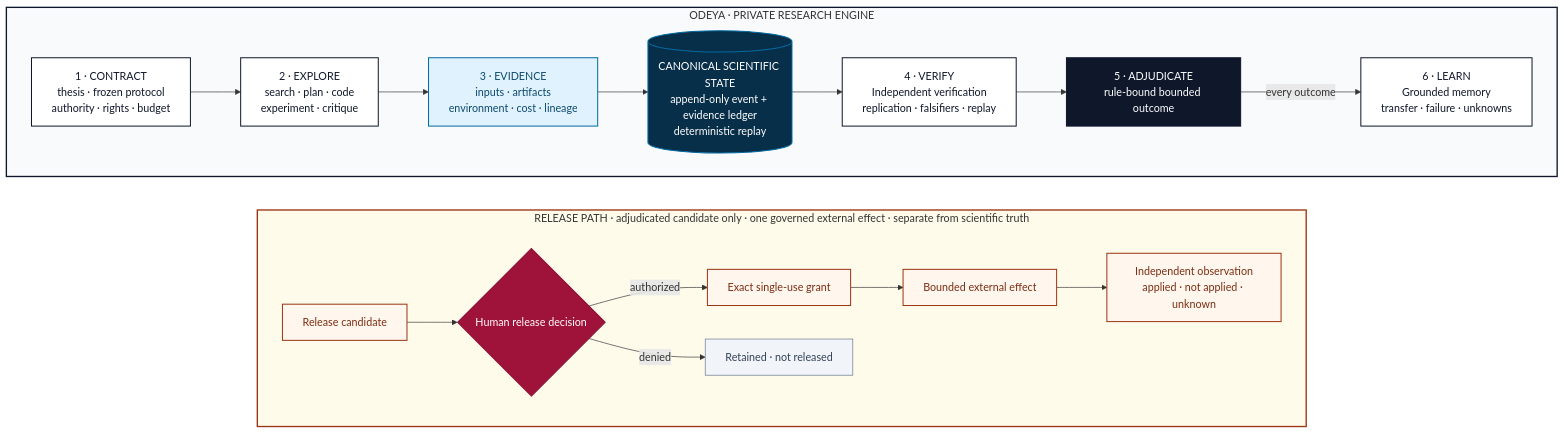
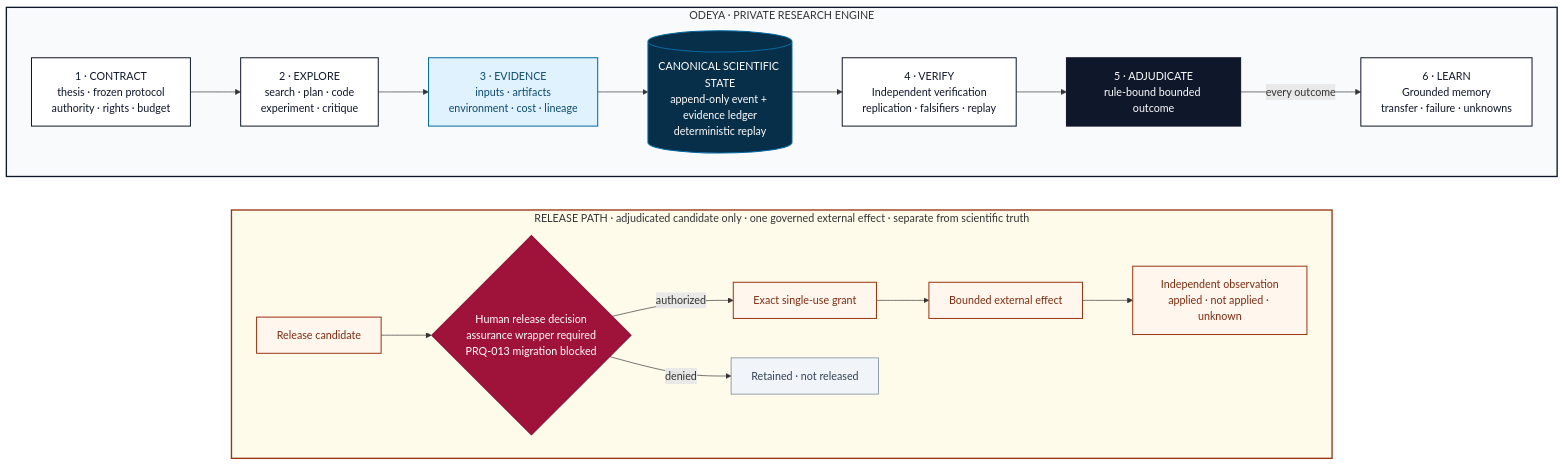
The diagram in README.md (manfromnowhere143/odeya), drawn with Mermaid before and after one commit. The commit also changed other lines of this file and 59 other files, not shown here.

````diff
--- a/README.md
+++ b/README.md
@@ -13,46 +13,46 @@
 ```mermaid
 flowchart TB
     subgraph R["ODEYA · PRIVATE RESEARCH ENGINE"]
         direction LR
         C["1 · CONTRACT<br/>thesis · frozen protocol<br/>authority · rights · budget"]
         W["2 · EXPLORE<br/>search · plan · code<br/>experiment · critique"]
         E["3 · EVIDENCE<br/>inputs · artifacts<br/>environment · cost · lineage"]
         K[("CANONICAL SCIENTIFIC STATE<br/>append-only event + evidence ledger<br/>deterministic replay")]
         V["4 · VERIFY<br/>Independent verification<br/>replication · falsifiers · replay"]
         D["5 · ADJUDICATE<br/>rule-bound bounded outcome"]
         L["6 · LEARN<br/>Grounded memory<br/>transfer · failure · unknowns"]
         C --> W --> E --> K --> V --> D -->|every outcome| L
     end
 
     subgraph X["RELEASE PATH · adjudicated candidate only · one governed external effect · separate from scientific truth"]
         direction LR
         RC["Release candidate"]
-        H{"Human release decision"}
+        H{"Human release decision<br/>assurance wrapper required<br/>PRQ-013 migration blocked"}
         G["Exact single-use grant"]
         O["Bounded external effect"]
         S["Independent observation<br/>applied · not applied · unknown"]
         N["Retained · not released"]
         RC --> H
         H -->|authorized| G --> O --> S
         H -->|denied| N
     end
 
     R ~~~ X
 
     classDef core fill:#FFFFFF,stroke:#0F172A,stroke-width:1.5px,color:#0F172A
     classDef evidence fill:#E0F2FE,stroke:#0369A1,stroke-width:1.5px,color:#0C4A6E
     classDef state fill:#082F49,stroke:#0369A1,stroke-width:1.5px,color:#FFFFFF
     classDef decision fill:#0F172A,stroke:#0F172A,stroke-width:1.5px,color:#FFFFFF
     classDef release fill:#FFF7ED,stroke:#9A3412,stroke-width:1.5px,color:#7C2D12
     classDef releaseGate fill:#9F1239,stroke:#881337,stroke-width:1.5px,color:#FFFFFF
     classDef quiet fill:#F1F5F9,stroke:#64748B,stroke-width:1px,color:#334155
     class C,W,V,L core
     class E evidence
     class K state
     class D decision
     class RC,G,O,S release
     class H releaseGate
     class N quiet
     style R fill:#F8FAFC,stroke:#0F172A,stroke-width:2px
     style X fill:#FFFBEB,stroke:#9A3412,stroke-width:2px
 ```
````
